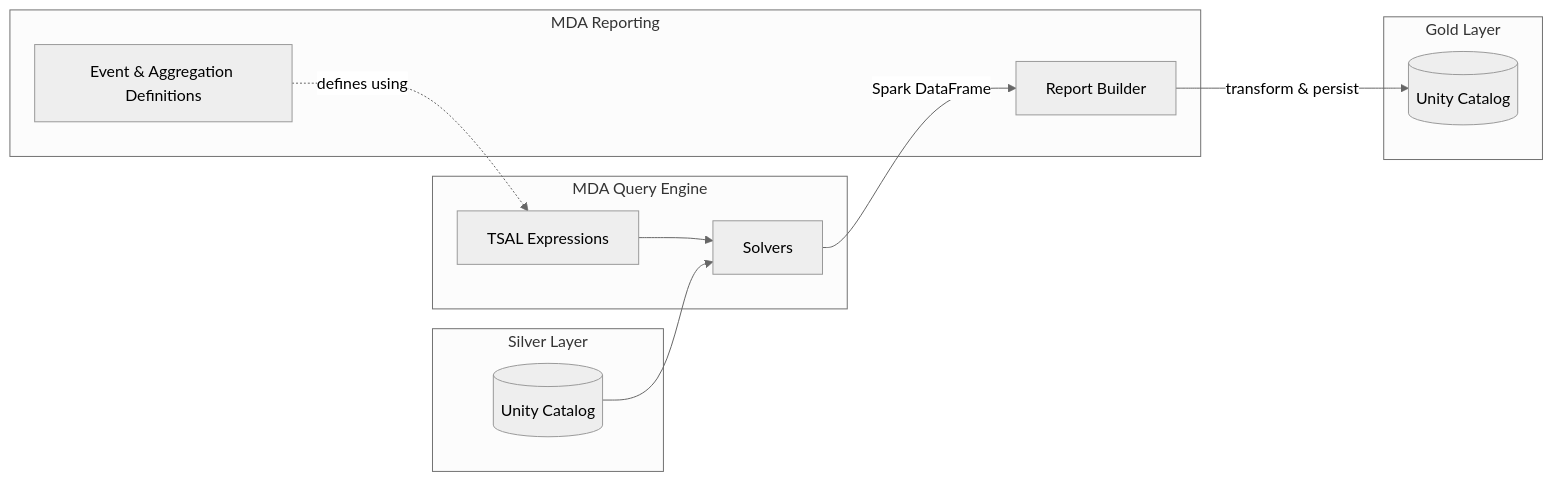
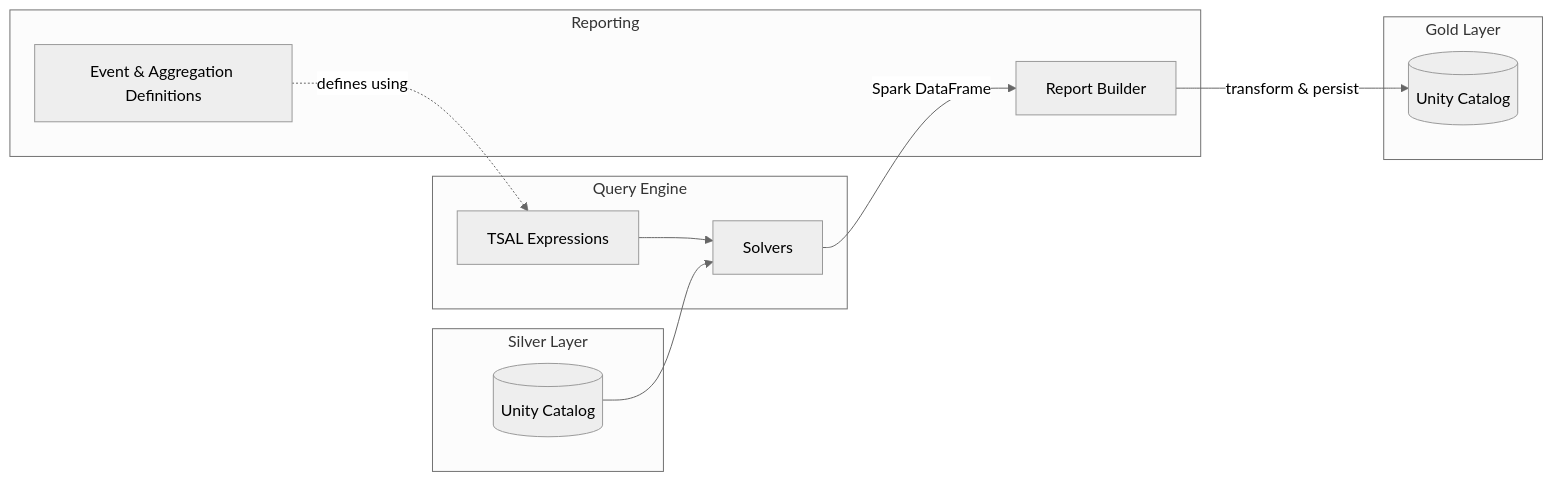
The diagram in README.md (databrickslabs/impulse), drawn with Mermaid (neutral theme) before and after one commit. The commit also changed other lines of this file, not shown here.

Commit message:
Update README.md to reflect project name change from "MDA" to "Impulse" and adjust section titles accordingly. This includes renaming components in the overview and query engine sections for consistency.

````diff
--- a/README.md
+++ b/README.md
@@ -13,26 +13,26 @@
 ```mermaid
 flowchart LR
     subgraph silver["Silver Layer"]
         DL[(Unity Catalog)]
     end
 
-    subgraph engine["MDA Query Engine"]
+    subgraph engine["Query Engine"]
         TSAL[TSAL Expressions]
         Solver[Solvers]
     end
 
-    subgraph reporting["MDA Reporting"]
+    subgraph reporting["Reporting"]
         Defs[Event & Aggregation Definitions]
         Report[Report Builder]
     end
 
     subgraph gold["Gold Layer"]
         UC[(Unity Catalog)]
     end
 
     DL --> Solver
     TSAL --> Solver
     Defs -.->|defines using| TSAL
     Solver -->|Spark DataFrame| Report
     Report -->|transform & persist| UC
 ```
````
